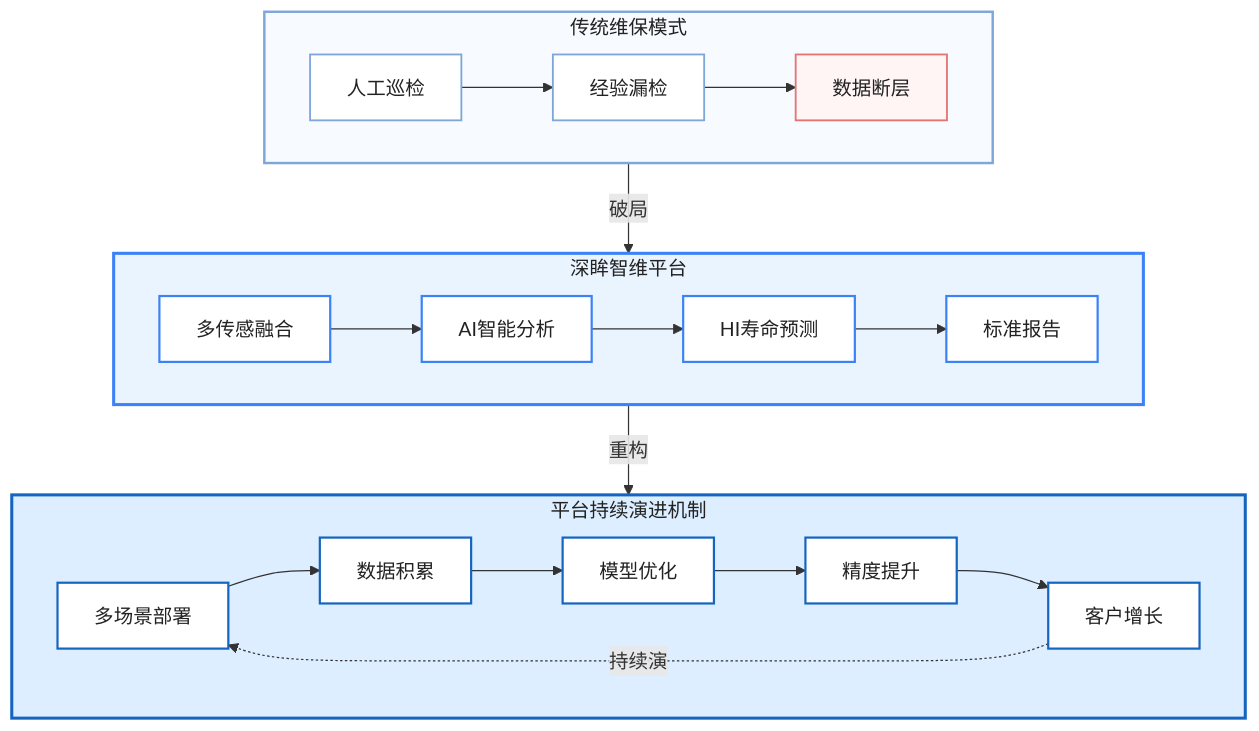
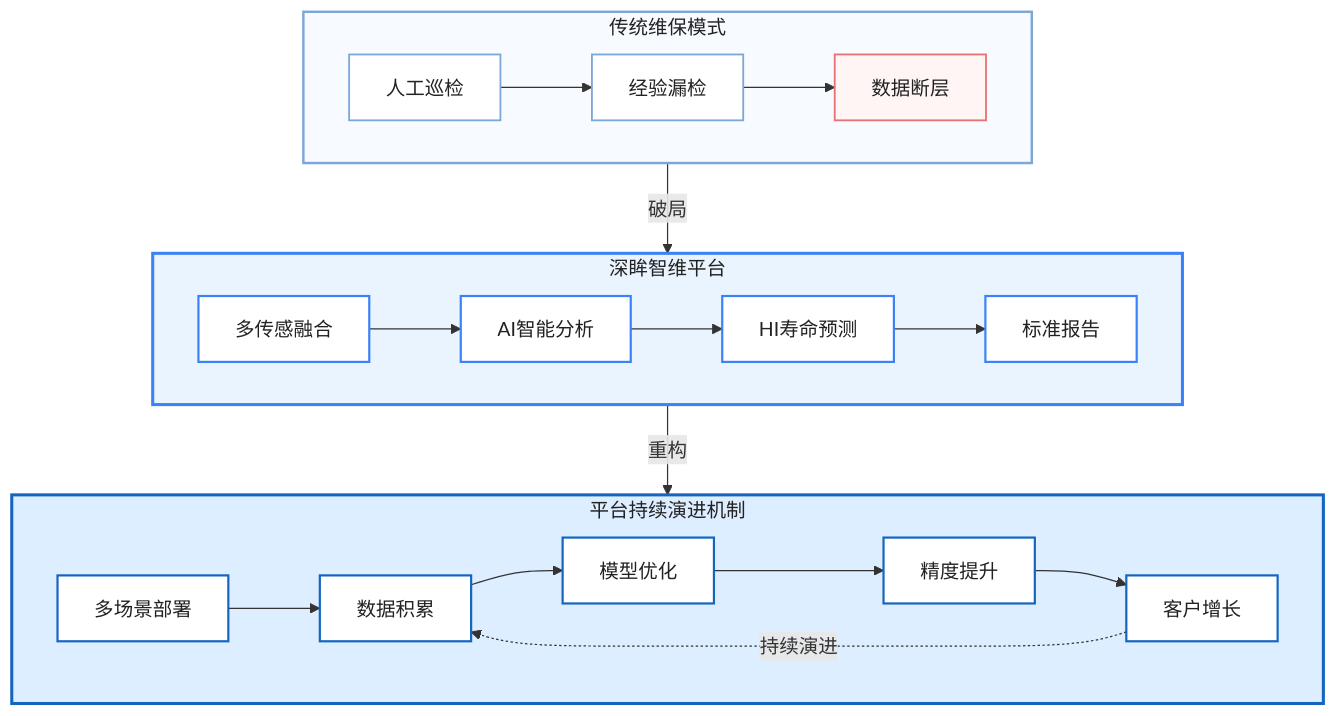
The diagram in all/未命名.md (LGS91/iodraw-files), drawn with Mermaid before and after one commit.

Commit message:
2026-07-06 11:20:21 update

````diff
--- a/all/未命名.md
+++ b/all/未命名.md
@@ -1,65 +1,65 @@
 ```mermaid
 flowchart TB
 
 subgraph A["传统维保模式"]
 direction LR
 A1["人工巡检"] --> A2["经验漏检"]
 A2 --> A3["数据断层"]
 end
 
 A -->|破局| B
 
 subgraph B["深眸智维平台"]
 direction LR
 B1["多传感融合"] --> B2["AI智能分析"]
 B2 --> B3["HI寿命预测"]
 B3 --> B4["标准报告"]
 end
 
 B -->|重构| C
 
 subgraph C["平台持续演进机制"]
 direction LR
 C1["多场景部署"] --> C2["数据积累"]
 C2 --> C3["模型优化"]
 C3 --> C4["精度提升"]
 C4 --> C5["客户增长"]
-C5 -.->|"持续演"| C1
+C5 -.->|"持续演进"| C2
 end
 
 
 %% =======================
 %% 一级模块（标题框）
 %% =======================
 
 style A fill:#F7FBFF,stroke:#7DA7D9,stroke-width:2px,color:#222222
 style B fill:#EAF4FF,stroke:#3B82F6,stroke-width:2.5px,color:#222222
 style C fill:#DCEEFF,stroke:#1565C0,stroke-width:2.5px,color:#222222
 
 %% =======================
 %% 传统维保
 %% =======================
 
 style A1 fill:#FFFFFF,stroke:#7DA7D9,stroke-width:1.5px,color:#222222
 style A2 fill:#FFFFFF,stroke:#7DA7D9,stroke-width:1.5px,color:#222222
 style A3 fill:#FFF5F5,stroke:#E57373,stroke-width:1.5px,color:#222222
 
 %% =======================
 %% 深眸智维
 %% =======================
 
 style B1 fill:#FFFFFF,stroke:#3B82F6,stroke-width:1.8px,color:#222222
 style B2 fill:#FFFFFF,stroke:#3B82F6,stroke-width:1.8px,color:#222222
 style B3 fill:#FFFFFF,stroke:#3B82F6,stroke-width:1.8px,color:#222222
 style B4 fill:#FFFFFF,stroke:#3B82F6,stroke-width:1.8px,color:#222222
 
 %% =======================
 %% 平台演进
 %% =======================
 
 style C1 fill:#FFFFFF,stroke:#1565C0,stroke-width:1.8px,color:#222222
 style C2 fill:#FFFFFF,stroke:#1565C0,stroke-width:1.8px,color:#222222
 style C3 fill:#FFFFFF,stroke:#1565C0,stroke-width:1.8px,color:#222222
 style C4 fill:#FFFFFF,stroke:#1565C0,stroke-width:1.8px,color:#222222
 style C5 fill:#FFFFFF,stroke:#1565C0,stroke-width:1.8px,color:#222222
 ```
````
